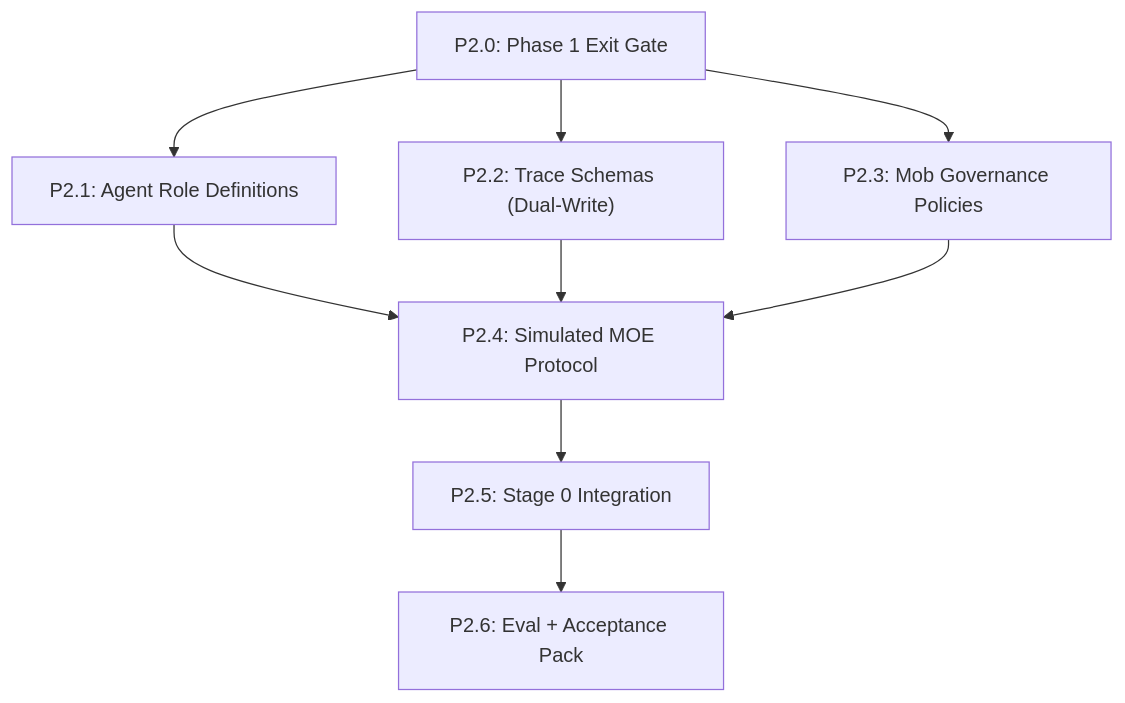
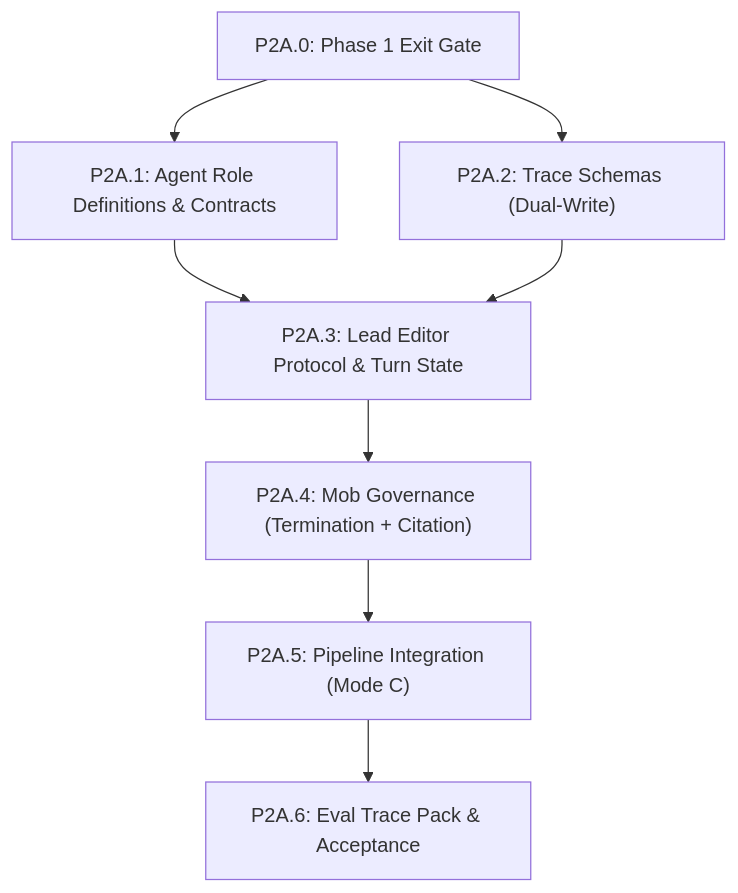
One commit to Deland78/Claude-Writing-Skills changed the diagram in docs/phase2a_detailed_plan.md. Above: the diagram before and after it, drawn with Mermaid. The commit also changed other lines of this file, not shown here.

Commit message:
docs: improve phase 2a plan with protocol details

````diff
--- a/docs/phase2a_detailed_plan.md
+++ b/docs/phase2a_detailed_plan.md
@@ -5,19 +5,18 @@
 ```mermaid
 flowchart TD
-    P1["P2.0: Phase 1 Exit Gate"]
-    S1["P2.1: Agent Role Definitions"]
-    S2["P2.2: Trace Schemas (Dual-Write)"]
-    S3["P2.3: Mob Governance Policies"]
-    S4["P2.4: Simulated MOE Protocol"]
-    S5["P2.5: Stage 0 Integration"]
-    S6["P2.6: Eval + Acceptance Pack"]
+    G0["P2A.0: Phase 1 Exit Gate"]
+    G1["P2A.1: Agent Role Definitions & Contracts"]
+    G2["P2A.2: Trace Schemas (Dual-Write)"]
+    G3["P2A.3: Lead Editor Protocol & Turn State"]
+    G4["P2A.4: Mob Governance (Termination + Citation)"]
+    G5["P2A.5: Pipeline Integration (Mode C)"]
+    G6["P2A.6: Eval Trace Pack & Acceptance"]
 
-    P1 --> S1
-    P1 --> S2
-    P1 --> S3
-    S1 --> S4
-    S2 --> S4
-    S3 --> S4
-    S4 --> S5
-    S5 --> S6
+    G0 --> G1
+    G0 --> G2
+    G1 --> G3
+    G2 --> G3
+    G3 --> G4
+    G4 --> G5
+    G5 --> G6
 ```
````
